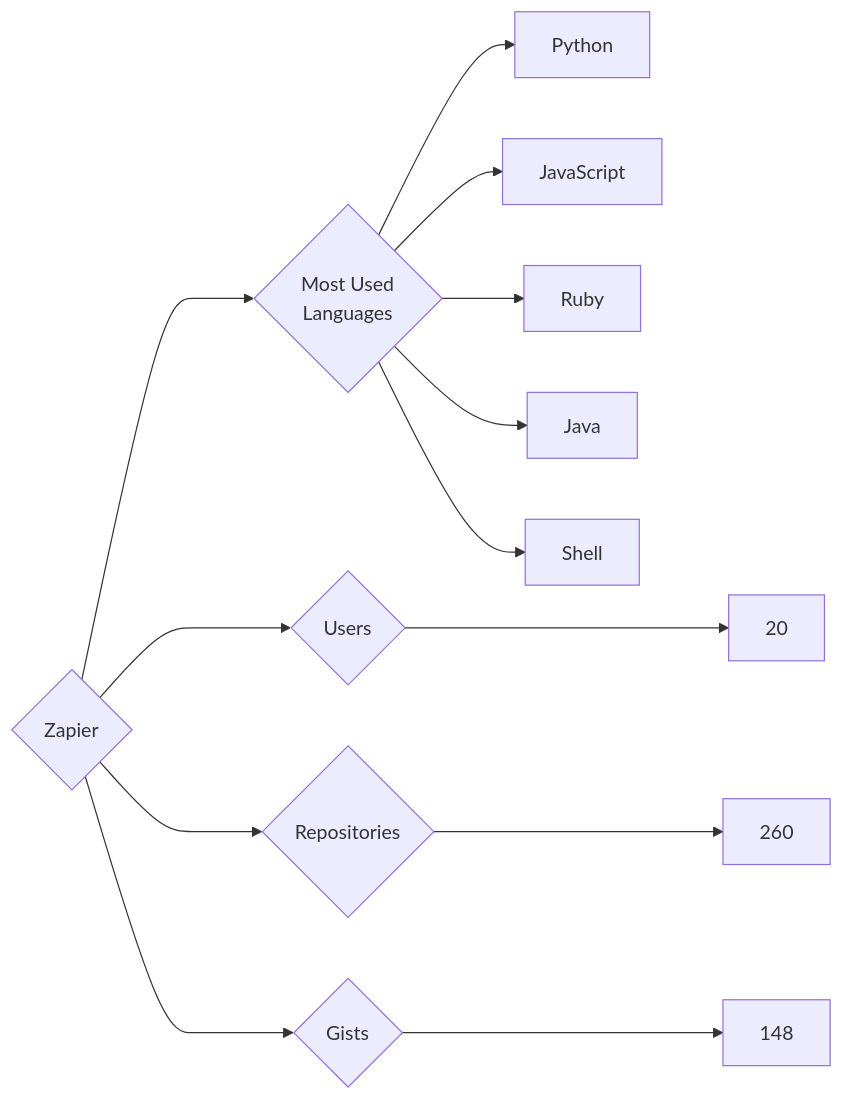
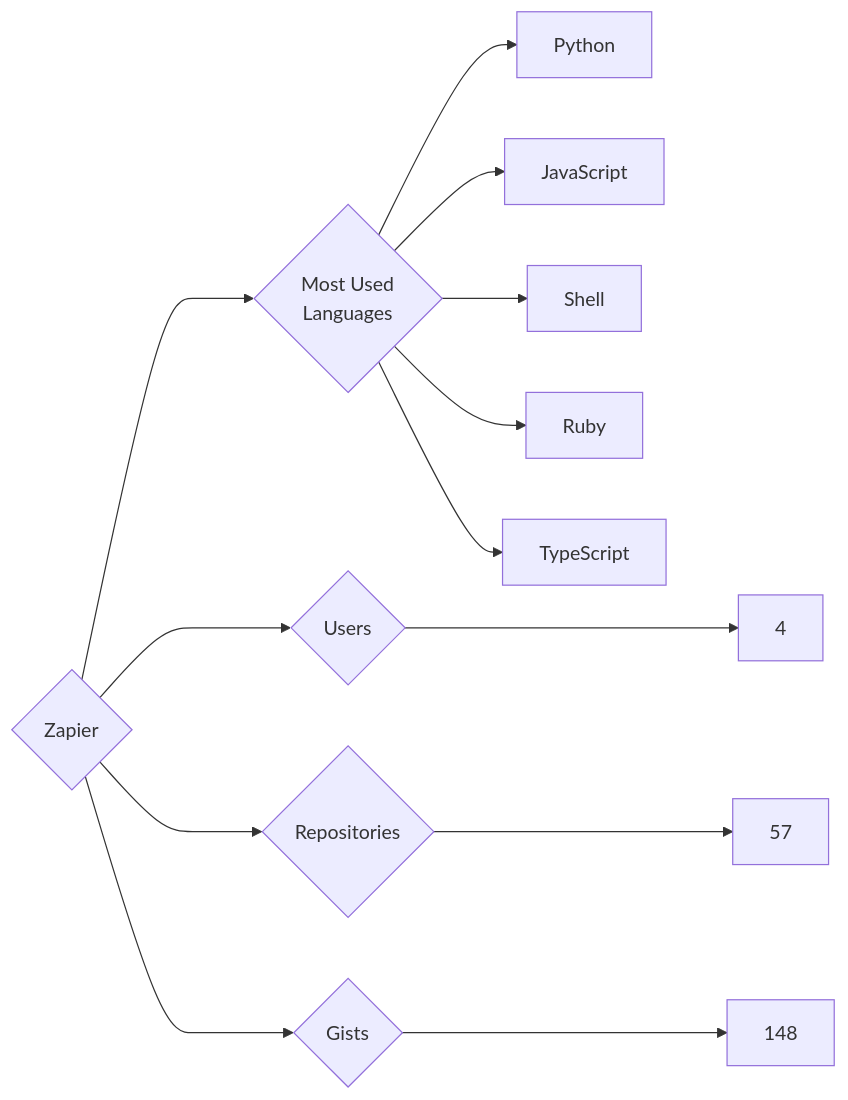
Before and after one commit to trickest/insiders: the diagram in targets/Zapier/README.md, drawn with Mermaid. The commit also changed 725 other files, not shown here.

````diff
--- a/targets/Zapier/README.md
+++ b/targets/Zapier/README.md
@@ -3,13 +3,13 @@
 ```mermaid
 graph LR
 COMPANY_NAME{Zapier}
-COMPANY_NAME ---> U{Users} ---> UN[20]
-COMPANY_NAME ---> R{Repositories} ---> RN[260]
+COMPANY_NAME ---> U{Users} ---> UN[4]
+COMPANY_NAME ---> R{Repositories} ---> RN[57]
 COMPANY_NAME ---> G{Gists} ---> GN[148]
 COMPANY_NAME ---> ML{Most Used<br>Languages}
 ML --> Python[Python]
 ML --> JavaScript[JavaScript]
+ML --> Shell[Shell]
 ML --> Ruby[Ruby]
-ML --> Java[Java]
-ML --> Shell[Shell]
+ML --> TypeScript[TypeScript]
 ```
````
